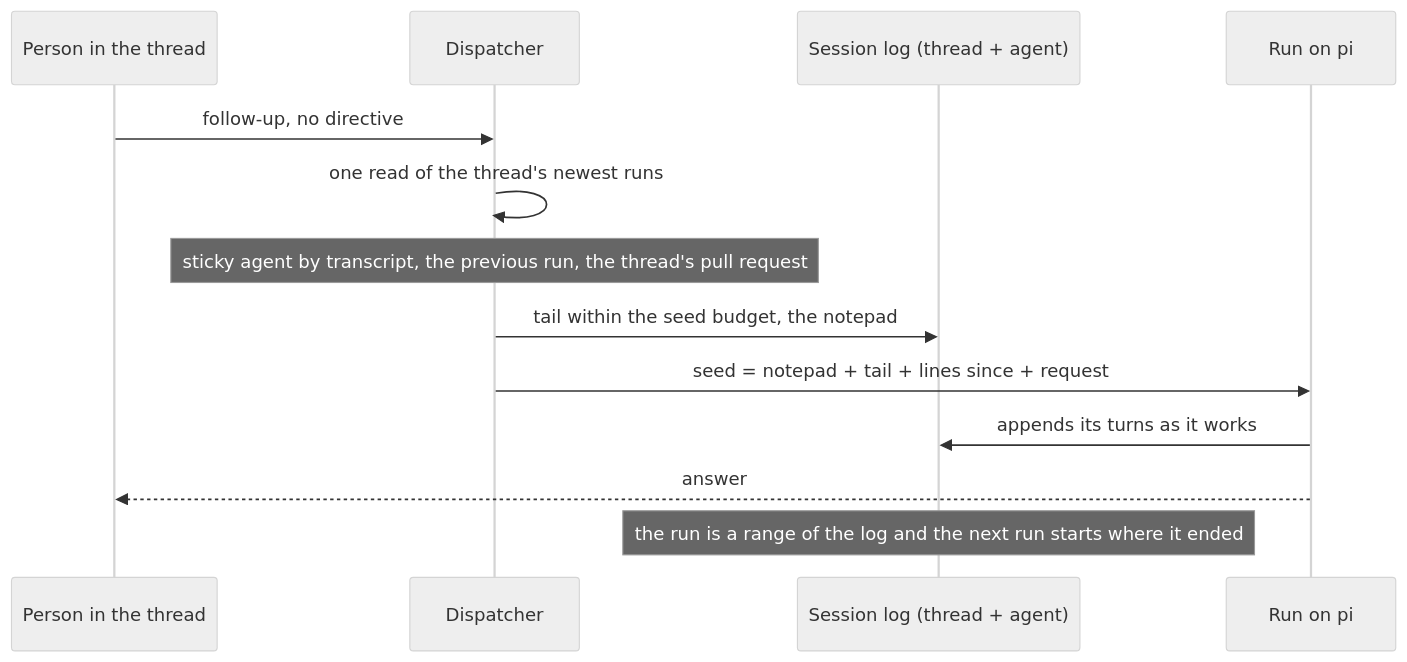
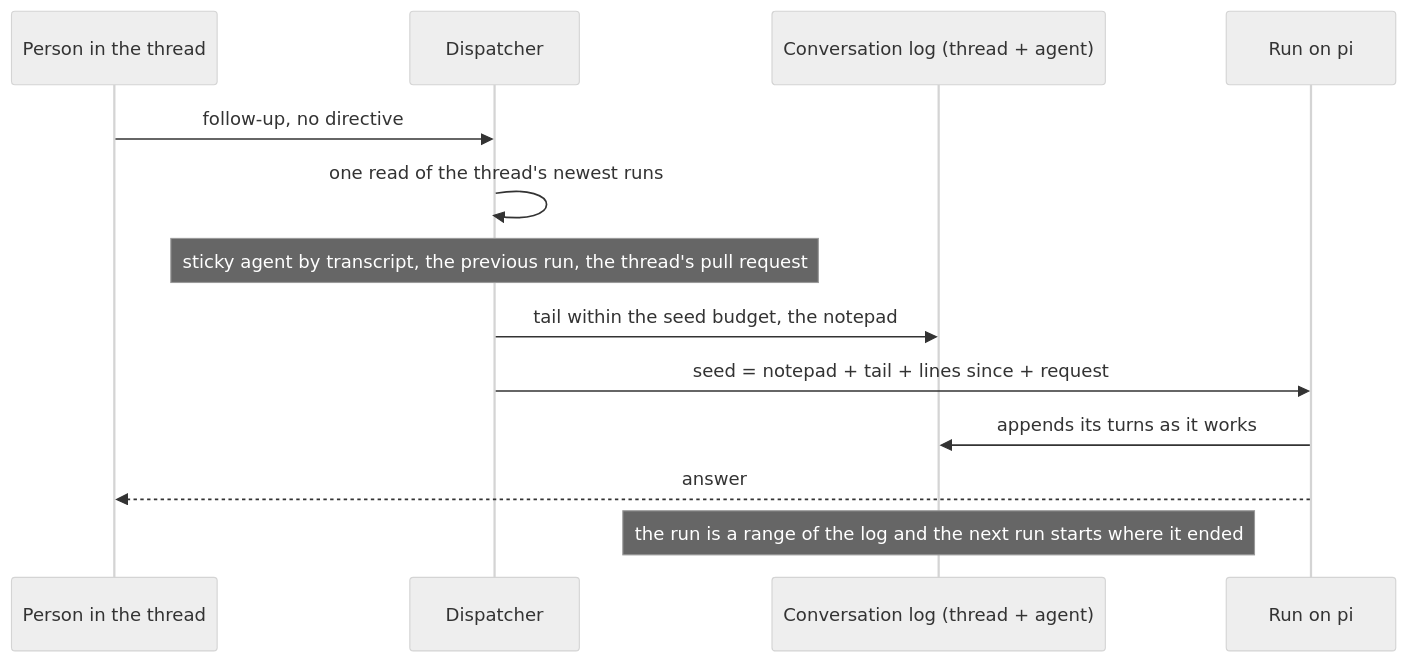
Before and after one commit to coreplanelabs/switchboard: the diagram in docs/explanation/a-thread-continues.md, drawn with Mermaid (neutral theme). The commit also changed other lines of this file and 25 other files, not shown here.

````diff
--- a/docs/explanation/a-thread-continues.md
+++ b/docs/explanation/a-thread-continues.md
@@ -11,15 +11,15 @@
 ```mermaid
 sequenceDiagram
     participant P as Person in the thread
     participant D as Dispatcher
-    participant L as Session log (thread + agent)
+    participant L as Conversation log (thread + agent)
     participant R as Run on pi
     P->>D: follow-up, no directive
     D->>D: one read of the thread's newest runs
     Note over D: sticky agent by transcript, the previous run, the thread's pull request
     D->>L: tail within the seed budget, the notepad
     D->>R: seed = notepad + tail + lines since + request
     R->>L: appends its turns as it works
     R-->>P: answer
     Note over L: the run is a range of the log and the next run starts where it ended
 ```
````
